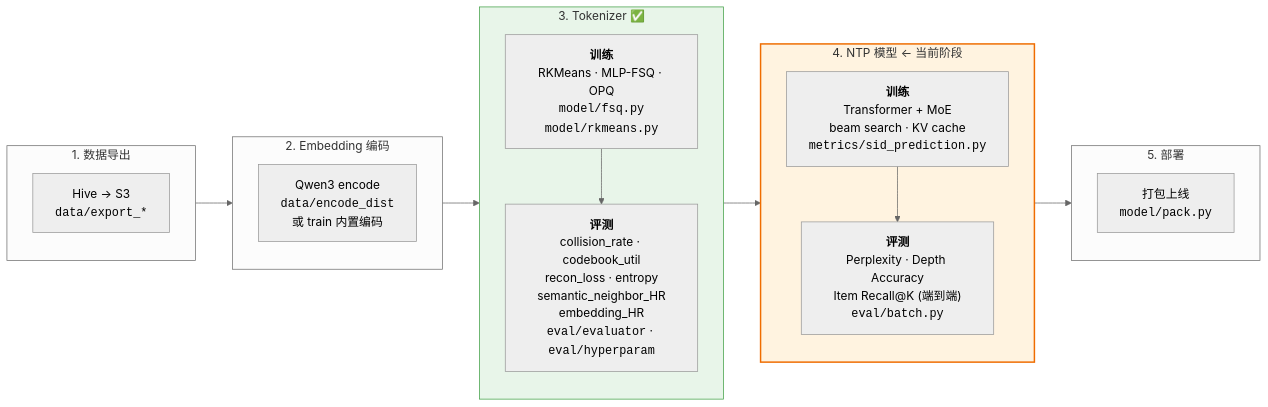
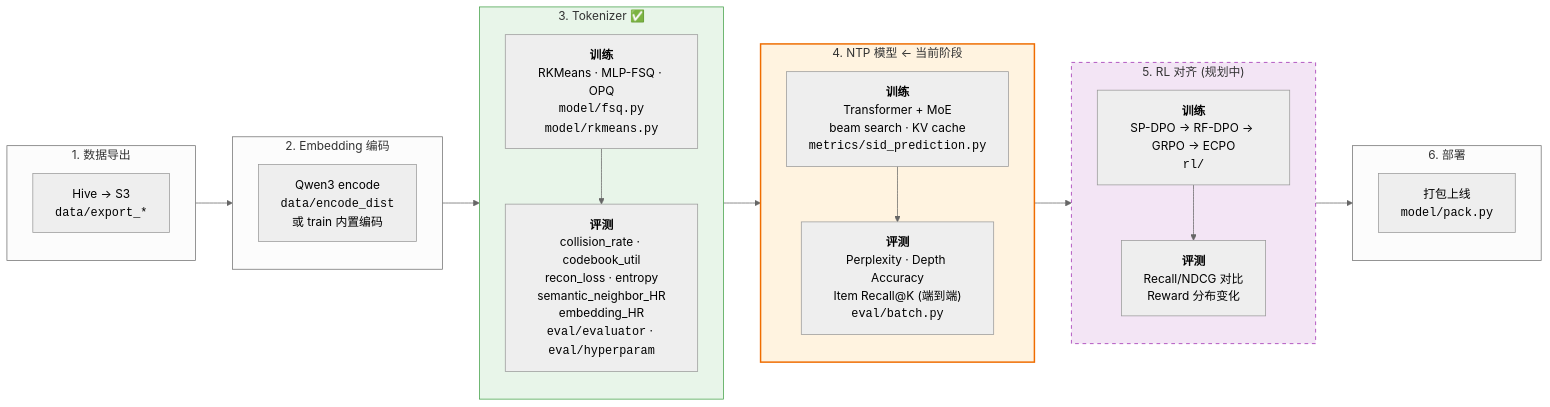
Before and after one commit to yzq986/nanoGenRec: the diagram in README.md, drawn with Mermaid (neutral theme). The commit also changed other lines of this file and 4 other files, not shown here.

First line of the commit message:
Add rl/ module, discussion 002, and update README roadmap

````diff
--- a/README.md
+++ b/README.md
@@ -21,33 +21,41 @@
 ```mermaid
 graph LR
     subgraph S1 ["1. 数据导出"]
         D1[Hive → S3<br><code>data/export_*</code>]
     end
 
     subgraph S2 ["2. Embedding 编码"]
         D2[Qwen3 encode<br><code>data/encode_dist</code><br>或 train 内置编码]
     end
 
     subgraph S3 ["3. Tokenizer ✅"]
         direction TB
         T_TRAIN["<b>训练</b><br>RKMeans · MLP-FSQ · OPQ<br><code>model/fsq.py</code><br><code>model/rkmeans.py</code>"]
         T_EVAL["<b>评测</b><br>collision_rate · codebook_util<br>recon_loss · entropy<br>semantic_neighbor_HR<br>embedding_HR<br><code>eval/evaluator</code> · <code>eval/hyperparam</code>"]
         T_TRAIN --> T_EVAL
     end
 
     subgraph S4 ["4. NTP 模型 ← 当前阶段"]
         direction TB
         N_TRAIN["<b>训练</b><br>Transformer + MoE<br>beam search · KV cache<br><code>metrics/sid_prediction.py</code>"]
         N_EVAL["<b>评测</b><br>Perplexity · Depth Accuracy<br>Item Recall@K (端到端)<br><code>eval/batch.py</code>"]
         N_TRAIN --> N_EVAL
     end
 
-    subgraph S5 ["5. 部署"]
+    subgraph S5 ["5. RL 对齐 (规划中)"]
+        direction TB
+        R_TRAIN["<b>训练</b><br>SP-DPO → RF-DPO → GRPO → ECPO<br><code>rl/</code>"]
+        R_EVAL["<b>评测</b><br>Recall/NDCG 对比<br>Reward 分布变化"]
+        R_TRAIN --> R_EVAL
+    end
+
+    subgraph S6 ["6. 部署"]
         D5["打包上线<br><code>model/pack.py</code>"]
     end
 
-    S1 --> S2 --> S3 --> S4 --> S5
+    S1 --> S2 --> S3 --> S4 --> S5 --> S6
 
     style S3 fill:#e8f5e9,stroke:#43a047
     style S4 fill:#fff3e0,stroke:#ef6c00,stroke-width:2px
+    style S5 fill:#f3e5f5,stroke:#9c27b0,stroke-dasharray:5
 ```
````
